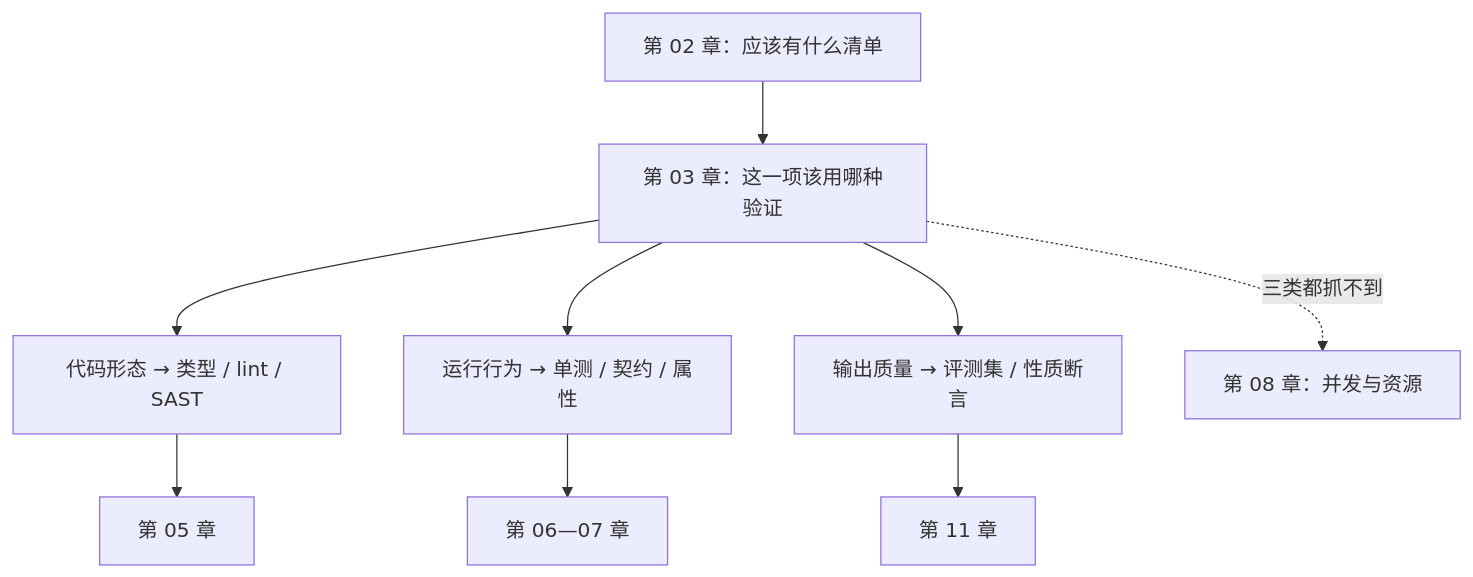
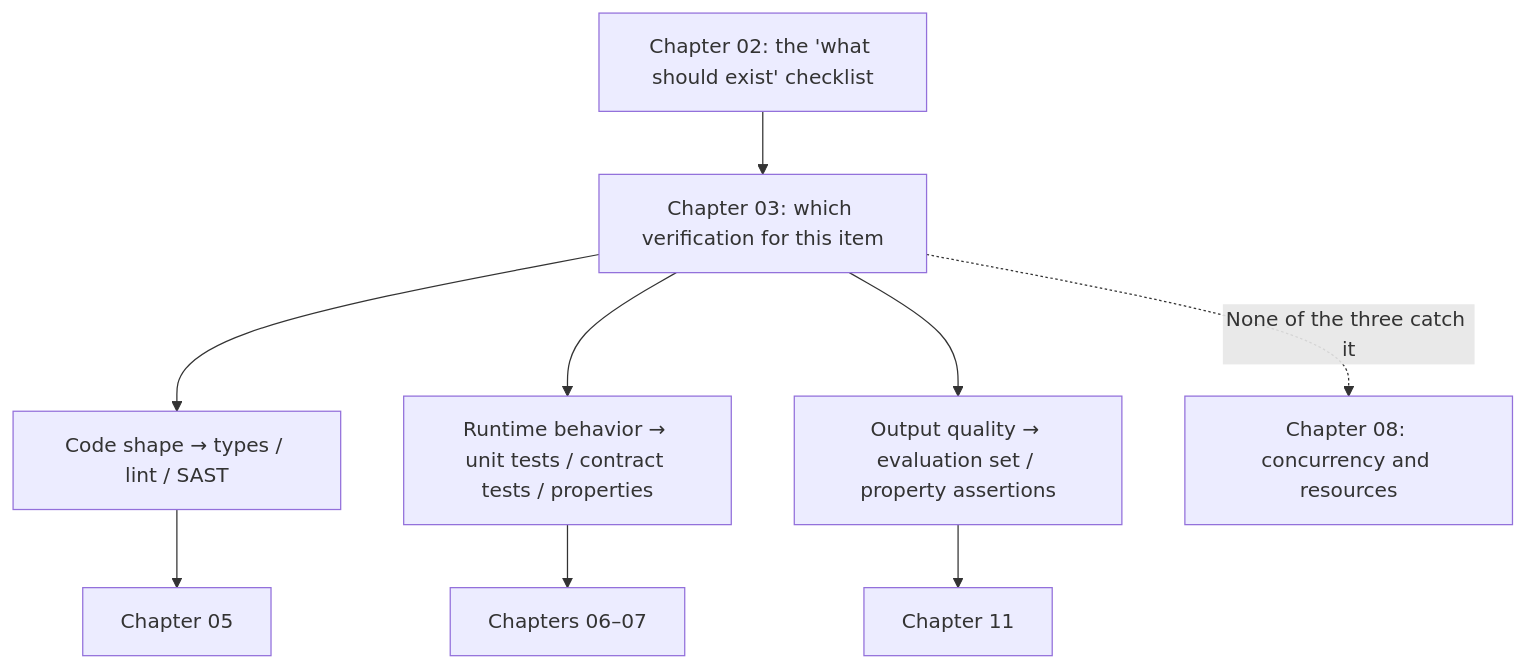
Before and after one commit to xzlxiao/vibe-coding-textbook: the second of 2 diagrams in phase3/chapters/ch03-three-objects.md, drawn with Mermaid. The commit also changed other lines of this file and 12 other files, not shown here.

````diff
--- a/phase3/chapters/ch03-three-objects.md
+++ b/phase3/chapters/ch03-three-objects.md
@@ -220,11 +220,11 @@
 ```mermaid
 flowchart TD
-    A["第 02 章：应该有什么清单"] --> B["第 03 章：这一项该用哪种验证"]
-    B --> C["代码形态 → 类型 / lint / SAST"]
-    B --> D["运行行为 → 单测 / 契约 / 属性"]
-    B --> E["输出质量 → 评测集 / 性质断言"]
-    C --> F["第 05 章"]
-    D --> G["第 06—07 章"]
-    E --> H["第 11 章"]
-    B -.->|"三类都抓不到"| I["第 08 章：并发与资源"]
+    A["Chapter 02: the 'what should exist' checklist"] --> B["Chapter 03: which verification for this item"]
+    B --> C["Code shape → types / lint / SAST"]
+    B --> D["Runtime behavior → unit tests / contract tests / properties"]
+    B --> E["Output quality → evaluation set / property assertions"]
+    C --> F["Chapter 05"]
+    D --> G["Chapters 06–07"]
+    E --> H["Chapter 11"]
+    B -.->|"None of the three catch it"| I["Chapter 08: concurrency and resources"]
 ```
````
